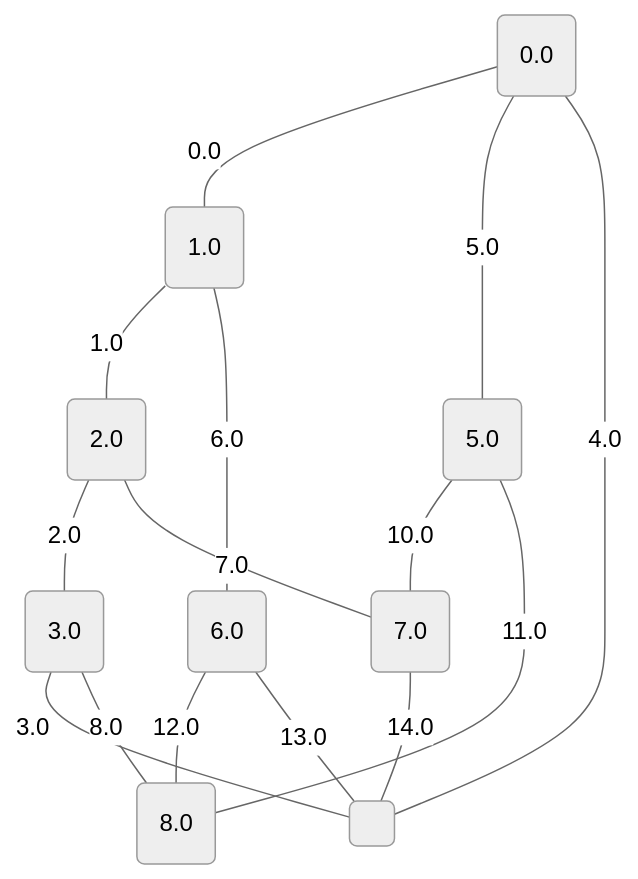
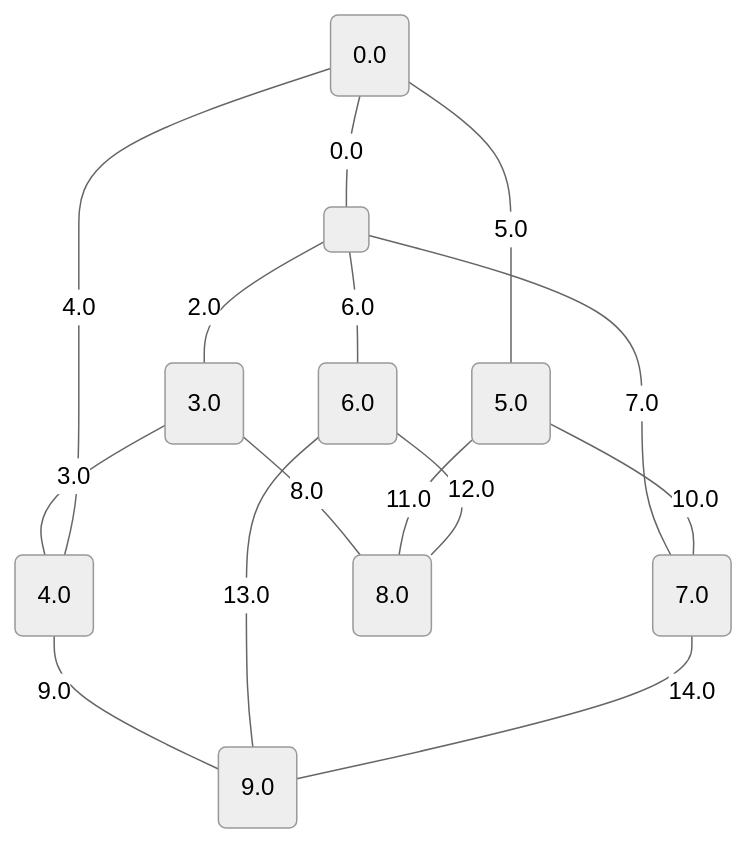
Before and after one commit to metury/graphs: the third of 17 diagrams in project/src/testing/showcase/minCutPetersen.md, drawn with Mermaid (neutral theme). The commit also changed other lines of this file and 34 other files, not shown here.

````diff
--- a/project/src/testing/showcase/minCutPetersen.md
+++ b/project/src/testing/showcase/minCutPetersen.md
@@ -75,26 +75,26 @@
 ```mermaid
 graph TD;
 	0("0.0");
-	1("1.0");
-	2("2.0");
-	3("3.0");
-	4("5.0");
-	5("6.0");
-	6("7.0");
-	7("8.0");
+	1("3.0");
+	2("4.0");
+	3("5.0");
+	4("6.0");
+	5("7.0");
+	6("8.0");
+	7("9.0");
 	8(" ");
-	0 -- "0.0" --- 1;
-	1 -- "1.0" --- 2;
-	2 -- "2.0" --- 3;
-	3 -- "3.0" --- 8;
-	8 -- "4.0" --- 0;
-	0 -- "5.0" --- 4;
-	1 -- "6.0" --- 5;
-	2 -- "7.0" --- 6;
-	3 -- "8.0" --- 7;
-	4 -- "10.0" --- 6;
-	4 -- "11.0" --- 7;
-	5 -- "12.0" --- 7;
-	5 -- "13.0" --- 8;
-	6 -- "14.0" --- 8;
+	0 -- "0.0" --- 8;
+	8 -- "2.0" --- 1;
+	1 -- "3.0" --- 2;
+	2 -- "4.0" --- 0;
+	0 -- "5.0" --- 3;
+	8 -- "6.0" --- 4;
+	8 -- "7.0" --- 5;
+	1 -- "8.0" --- 6;
+	2 -- "9.0" --- 7;
+	3 -- "10.0" --- 5;
+	3 -- "11.0" --- 6;
+	4 -- "12.0" --- 6;
+	4 -- "13.0" --- 7;
+	5 -- "14.0" --- 7;
 ```
````
